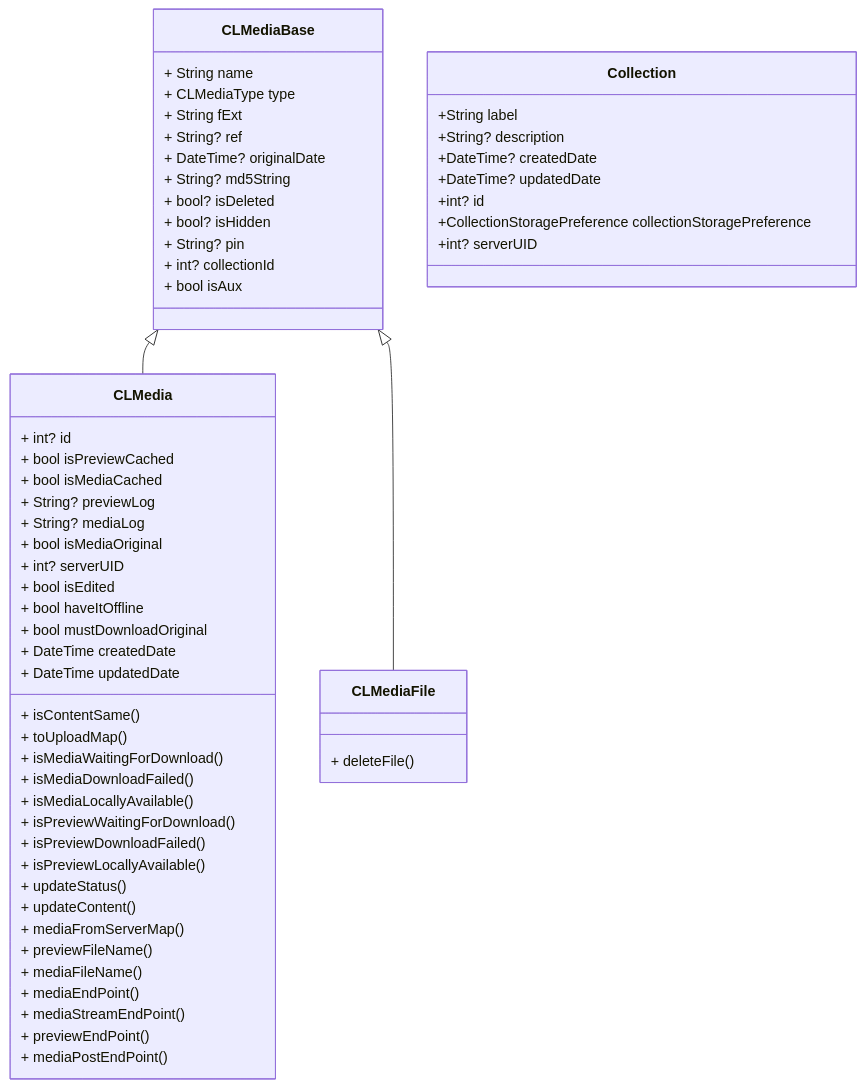
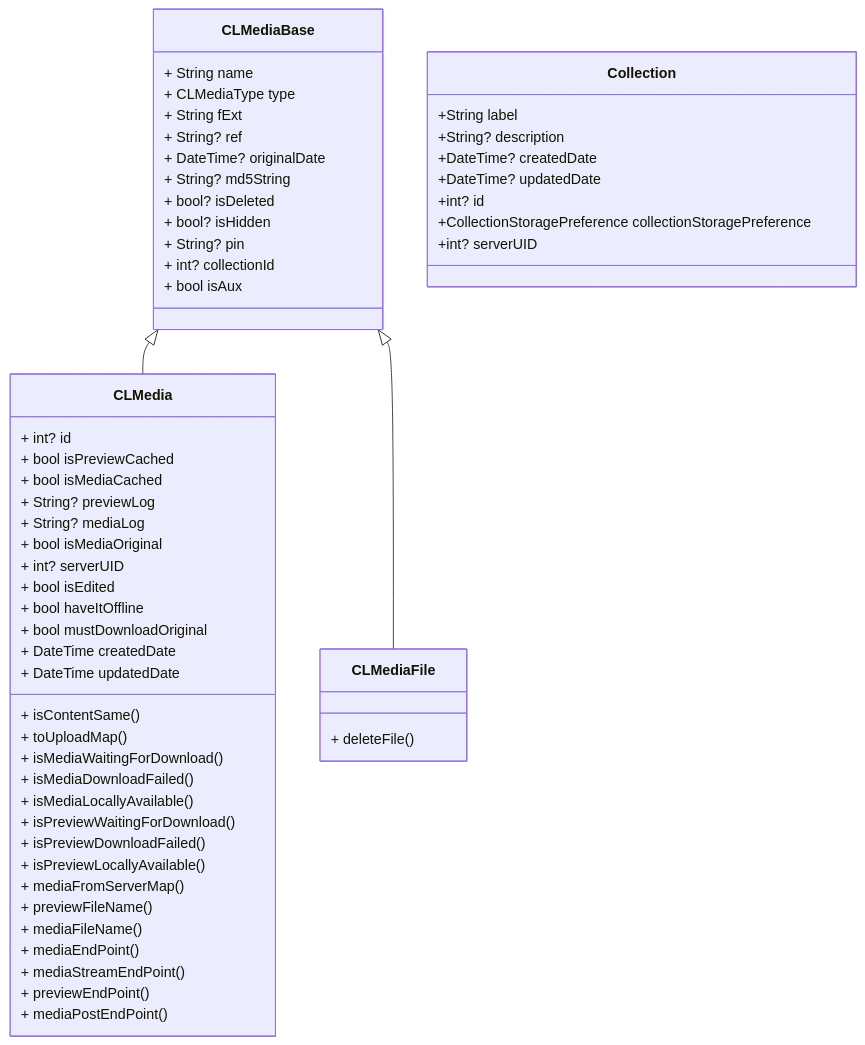
Before and after one commit to asarangaram/keep_it_package: the diagram in docs/Class diagram.mmd, drawn with Mermaid. The commit also changed 7 other files, not shown here.

```diff
--- a/docs/Class diagram.mmd
+++ b/docs/Class diagram.mmd
@@ -1,65 +1,65 @@
 classDiagram
     CLMediaBase <|-- CLMedia
     CLMediaBase <|-- CLMediaFile
     class CLMediaBase{
         + String name
         + CLMediaType type
         + String fExt
         + String? ref
         + DateTime? originalDate
         + String? md5String
         + bool? isDeleted
         + bool? isHidden
         + String? pin
         + int? collectionId
         + bool isAux
     }
     class CLMediaFile {
         + deleteFile()
     }
     class CLMedia{
         + int? id
         + bool isPreviewCached
         + bool isMediaCached
         + String? previewLog
         + String? mediaLog
         + bool isMediaOriginal
         + int? serverUID
         + bool isEdited
         + bool haveItOffline
         + bool mustDownloadOriginal
         + DateTime createdDate
         + DateTime updatedDate
 
         + isContentSame()
         + toUploadMap()
 
         + isMediaWaitingForDownload()
         + isMediaDownloadFailed()
         + isMediaLocallyAvailable()
         + isPreviewWaitingForDownload()
         + isPreviewDownloadFailed()
         + isPreviewLocallyAvailable()
 
-        + updateStatus()
-        + updateContent()
+        
+        
 
         + mediaFromServerMap()
 
         + previewFileName()
         + mediaFileName()
         + mediaEndPoint()
         + mediaStreamEndPoint()
         + previewEndPoint()
         + mediaPostEndPoint()
     }
    
     class Collection {
         +String label
         +String? description
         +DateTime? createdDate
         +DateTime? updatedDate
         +int? id
         +CollectionStoragePreference collectionStoragePreference
         +int? serverUID
     }
```
